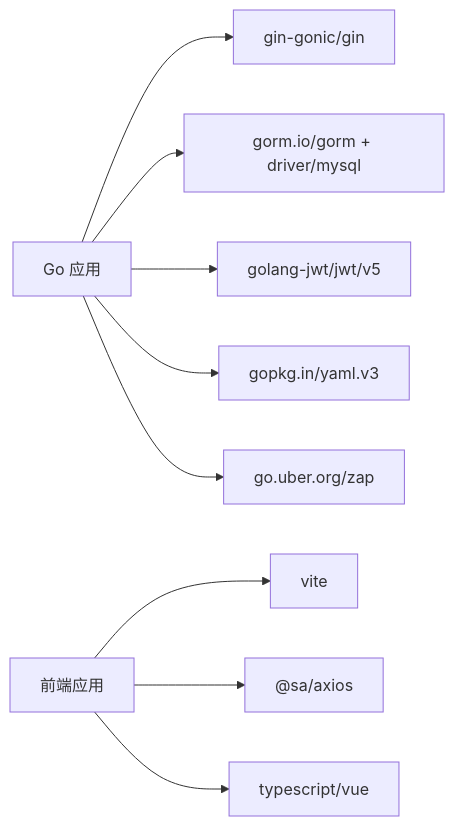
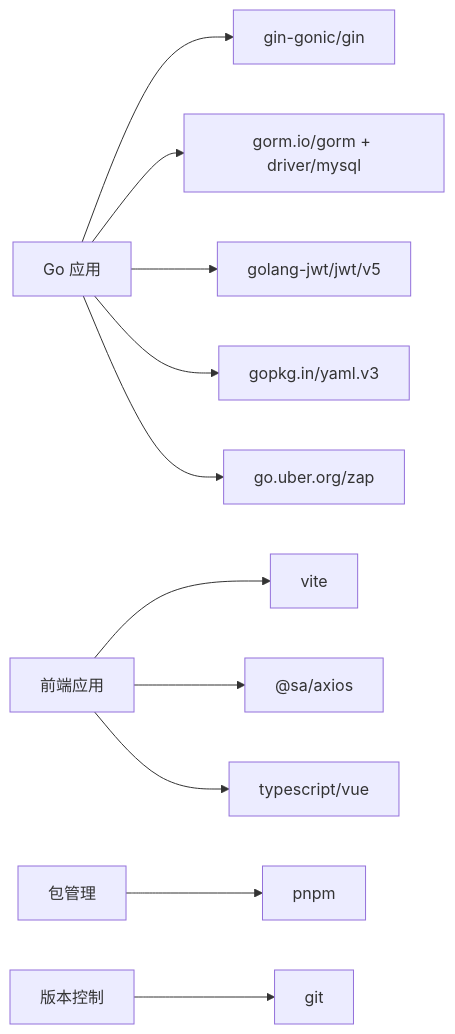
The fifth of 5 diagrams in .qoder/repowiki/zh/content/配置指南/配置指南.md (knifezred/boread), drawn with Mermaid before and after one commit. The commit also changed other lines of this file and 4 other files, not shown here.

````diff
--- a/.qoder/repowiki/zh/content/配置指南/配置指南.md
+++ b/.qoder/repowiki/zh/content/配置指南/配置指南.md
@@ -271,11 +391,13 @@
 ```mermaid
 graph LR
 GO["Go 应用"] --> Gin["gin-gonic/gin"]
 GO --> Gorm["gorm.io/gorm + driver/mysql"]
 GO --> JWT["golang-jwt/jwt/v5"]
 GO --> YAML["gopkg.in/yaml.v3"]
 GO --> Zap["go.uber.org/zap"]
 WEB["前端应用"] --> Vite["vite"]
 WEB --> Axios["@sa/axios"]
 WEB --> TS["typescript/vue"]
+PNPM["包管理"] --> PNPMCore["pnpm"]
+GIT["版本控制"] --> GITCore["git"]
 ```
````
